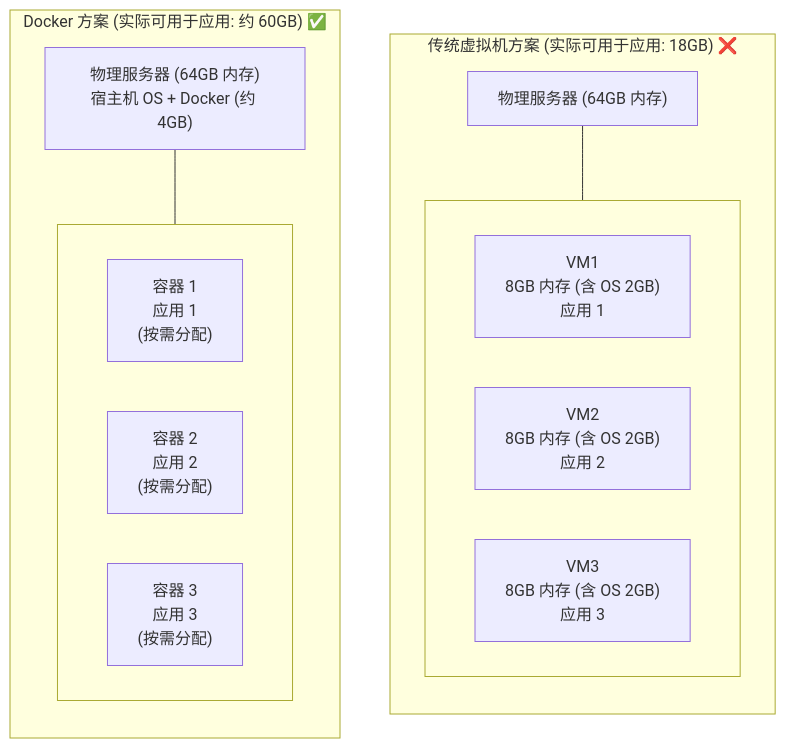
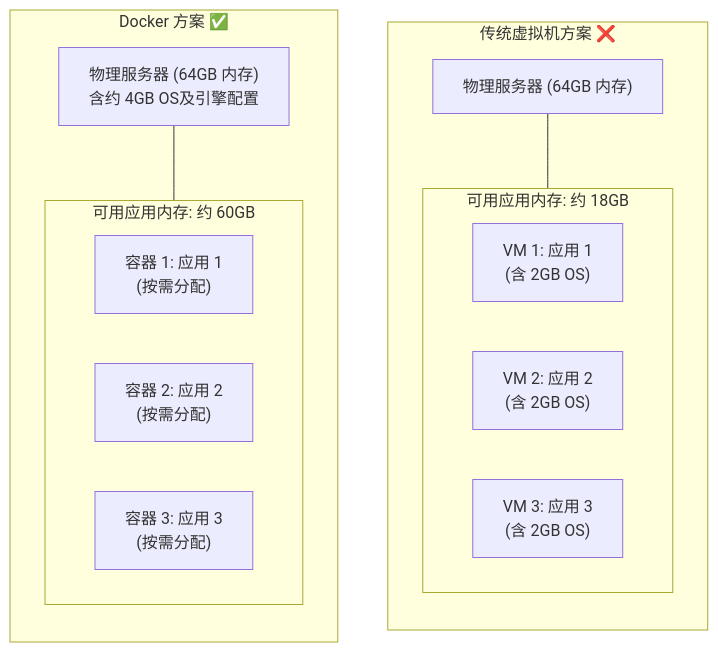
One commit to yeasy/docker_practice changed the second of 4 diagrams in 01_introduction/1.3_why.md. Above: the diagram before and after it, drawn with Mermaid. The commit also changed other lines of this file, not shown here.

````diff
--- a/01_introduction/1.3_why.md
+++ b/01_introduction/1.3_why.md
@@ -117,26 +119,26 @@
 ```mermaid
 flowchart TD
-    subgraph VM ["传统虚拟机方案 (实际可用于应用: 18GB) ❌"]
+    subgraph VM ["传统虚拟机方案 ❌"]
         direction TB
         Server1["物理服务器 (64GB 内存)"]
-        subgraph VMs [" "]
+        subgraph VMs ["可用应用内存: 约 18GB"]
             direction LR
-            VM1["VM1<br/>8GB 内存 (含 OS 2GB)<br/>应用 1"]
-            VM2["VM2<br/>8GB 内存 (含 OS 2GB)<br/>应用 2"]
-            VM3["VM3<br/>8GB 内存 (含 OS 2GB)<br/>应用 3"]
+            VM1["VM 1: 应用 1<br/>(含 2GB OS)"]
+            VM2["VM 2: 应用 2<br/>(含 2GB OS)"]
+            VM3["VM 3: 应用 3<br/>(含 2GB OS)"]
         end
         Server1 --- VMs
     end
 
-    subgraph Docker ["Docker 方案 (实际可用于应用: 约 60GB) ✅"]
+    subgraph Docker ["Docker 方案 ✅"]
         direction TB
-        Server2["物理服务器 (64GB 内存)<br/>宿主机 OS + Docker (约 4GB)"]
-        subgraph Containers [" "]
+        Server2["物理服务器 (64GB 内存)<br/>含约 4GB OS及引擎配置"]
+        subgraph Containers ["可用应用内存: 约 60GB"]
             direction LR
-            C1["容器 1<br/>应用 1<br/>(按需分配)"]
-            C2["容器 2<br/>应用 2<br/>(按需分配)"]
-            C3["容器 3<br/>应用 3<br/>(按需分配)"]
+            C1["容器 1: 应用 1<br/>(按需分配)"]
+            C2["容器 2: 应用 2<br/>(按需分配)"]
+            C3["容器 3: 应用 3<br/>(按需分配)"]
         end
         Server2 --- Containers
     end
 ```
````
